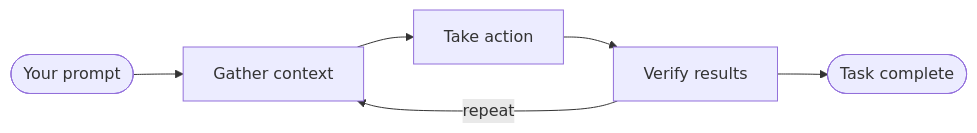
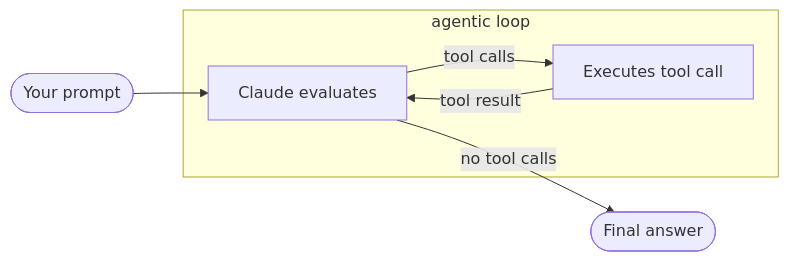
Before and after one commit to marobinette/agent-ladder: the first of 3 diagrams in slides/slides.md, drawn with Mermaid. The commit also changed other lines of this file, not shown here.

````diff
--- a/slides/slides.md
+++ b/slides/slides.md
@@ -44,8 +44,9 @@
-```mermaid {scale: 0.9}
+```mermaid {scale: 0.6}
 flowchart LR
-  P([Your prompt]) --> G[Gather context]
-  G --> A[Take action]
-  A --> V[Verify results]
-  V -->|repeat| G
-  V --> D([Task complete])
+  P([Your prompt]) --> E
+  subgraph Loop["agentic loop"]
+    E[Claude evaluates] -->|tool calls| T["Executes tool call"]
+    T -->|tool result| E
+  end
+  E -->|no tool calls| F([Final answer])
 ```
````
